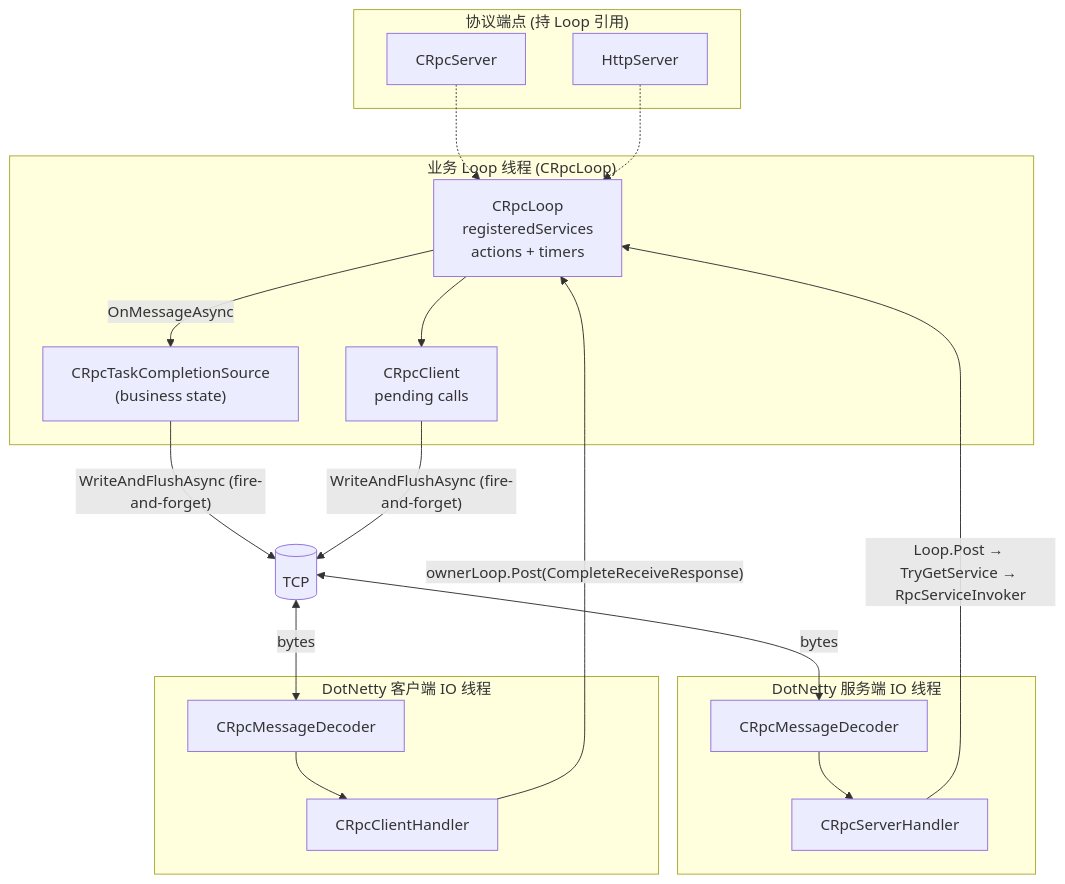
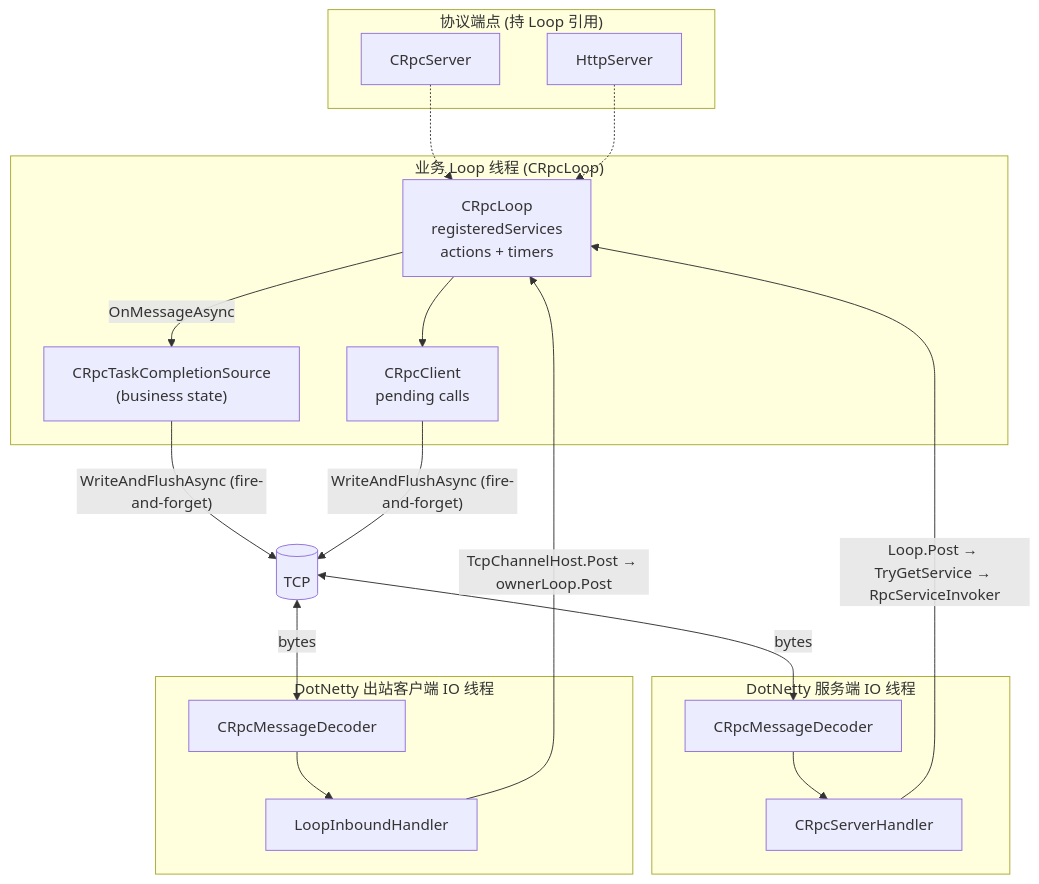
The first of 5 diagrams in Doc/architecture-draft.md (orientye/orientdotnet), drawn with Mermaid before and after one commit. The commit also changed other lines of this file, not shown here.

````diff
--- a/Doc/architecture-draft.md
+++ b/Doc/architecture-draft.md
@@ -129,37 +127,37 @@
 ```mermaid
 flowchart TB
     subgraph BusinessLoopThread["业务 Loop 线程 (CRpcLoop)"]
         Loop["CRpcLoop<br/>registeredServices<br/>actions + timers"]
         Client["CRpcClient<br/>pending calls"]
         TCS["CRpcTaskCompletionSource<br/>(business state)"]
     end
 
     subgraph Endpoints["协议端点 (持 Loop 引用)"]
         CrpcSrv["CRpcServer"]
         HttpSrv["HttpServer"]
     end
 
     subgraph NettyServer["DotNetty 服务端 IO 线程"]
         SH[CRpcServerHandler]
         DecS[CRpcMessageDecoder]
     end
 
-    subgraph NettyClient["DotNetty 客户端 IO 线程"]
-        CH[CRpcClientHandler]
+    subgraph NettyClient["DotNetty 出站客户端 IO 线程"]
+        LIH[LoopInboundHandler]
         DecC[CRpcMessageDecoder]
     end
 
     Net[(TCP)]
 
     CrpcSrv -.-> Loop
     HttpSrv -.-> Loop
     Net <-- bytes --> DecS --> SH
     SH -- "Loop.Post → TryGetService → RpcServiceInvoker" --> Loop
     Loop -- "OnMessageAsync" --> TCS
     TCS -- "WriteAndFlushAsync (fire-and-forget)" --> Net
 
-    Net <-- bytes --> DecC --> CH
-    CH -- "ownerLoop.Post(CompleteReceiveResponse)" --> Loop
+    Net <-- bytes --> DecC --> LIH
+    LIH -- "TcpChannelHost.Post → ownerLoop.Post" --> Loop
     Loop --> Client
     Client -- "WriteAndFlushAsync (fire-and-forget)" --> Net
 ```
````
